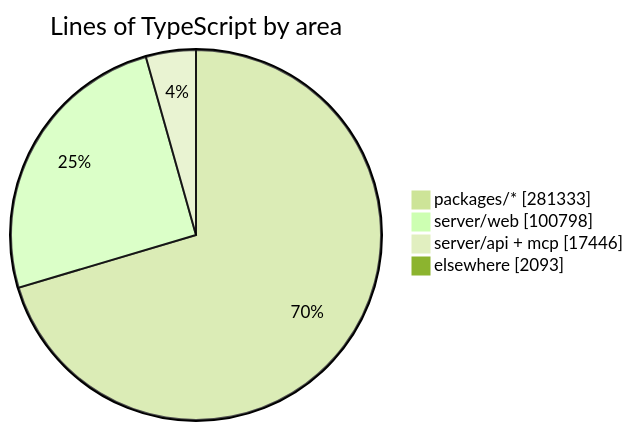
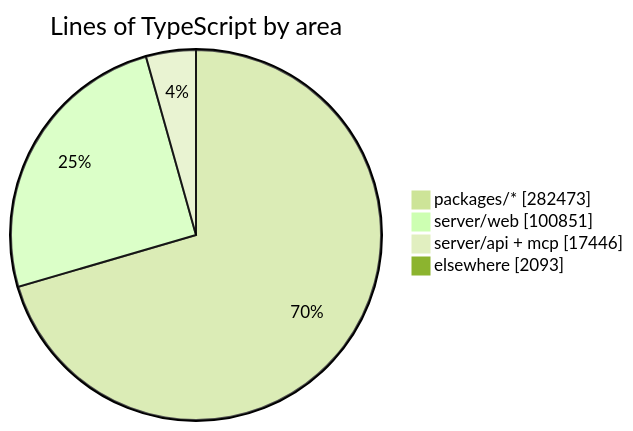
Before and after one commit to crossworks-engineering/mantle: the diagram in README.md, drawn with Mermaid (forest theme). The commit also changed other lines of this file and 2 other files, not shown here.

````diff
--- a/README.md
+++ b/README.md
@@ -294,7 +294,7 @@
 ```mermaid
 pie showData title Lines of TypeScript by area
-    "packages/*" : 281333
-    "server/web" : 100798
+    "packages/*" : 282473
+    "server/web" : 100851
     "server/api + mcp" : 17446
     "elsewhere" : 2093
 ```
````
